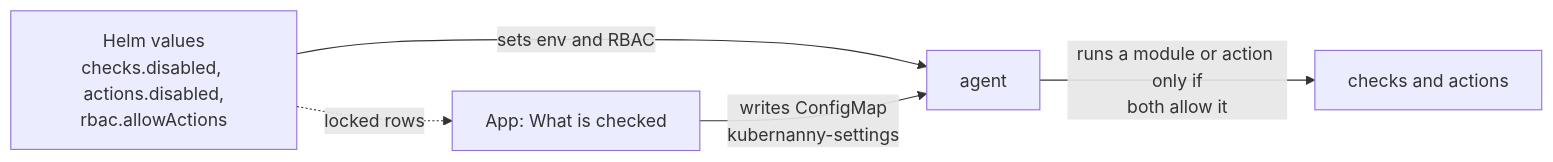
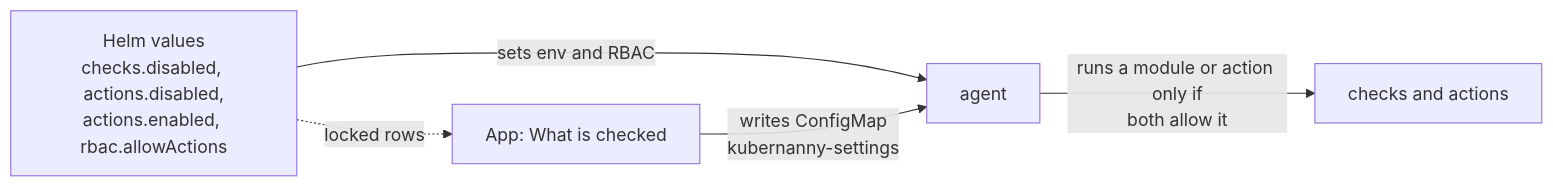
The diagram in docs/CONFIGURATION.md (kubernanny/kubernanny), drawn with Mermaid before and after one commit. The commit also changed other lines of this file and 9 other files, not shown here.

````diff
--- a/docs/CONFIGURATION.md
+++ b/docs/CONFIGURATION.md
@@ -116,7 +118,7 @@
 ```mermaid
 flowchart LR
-  helm["Helm values<br/>checks.disabled, actions.disabled,<br/>rbac.allowActions"] -->|"sets env and RBAC"| agent["agent"]
+  helm["Helm values<br/>checks.disabled, actions.disabled,<br/>actions.enabled, rbac.allowActions"] -->|"sets env and RBAC"| agent["agent"]
   app["App: What is checked"] -->|"writes ConfigMap<br/>kubernanny-settings"| agent
   agent -->|"runs a module or action only if<br/>both allow it"| run["checks and actions"]
   helm -. "locked rows" .-> app
 ```
````
